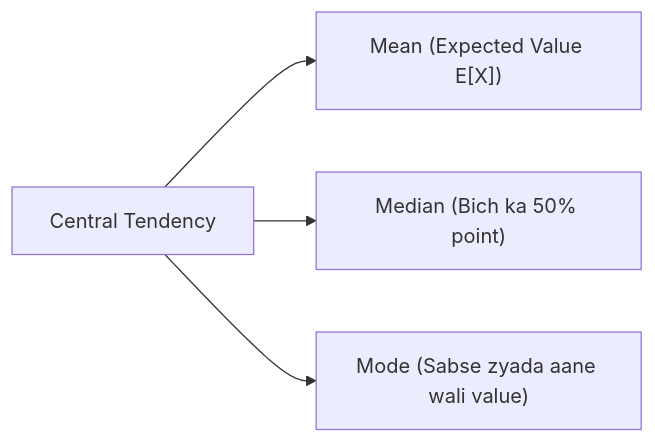
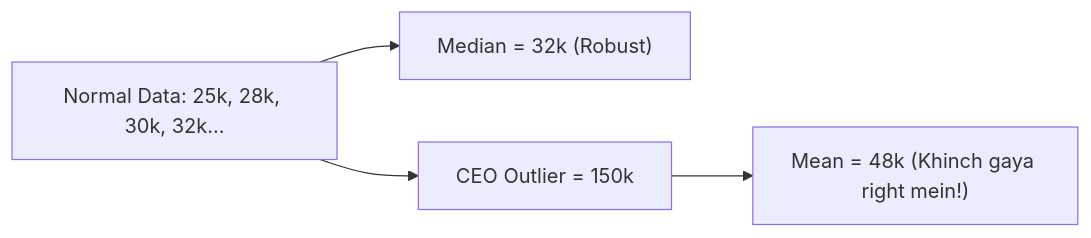
Before and after one commit to S1h2i3v4a/AI_ML: the diagram in lecture_20/Notes_20.15/README_HINGLISH.md, drawn with Mermaid. The commit also changed other lines of this file and 203 other files, not shown here.

Commit message:
docs(lectures 19-21): align notes with video lectures, add blackboard diagrams, clean structured functions, and compile vector PDFs

````diff
--- a/lecture_20/Notes_20.15/README_HINGLISH.md
+++ b/lecture_20/Notes_20.15/README_HINGLISH.md
@@ -14,6 +42,6 @@
 ```mermaid
 flowchart LR
-    A["Central Tendency"] --> B["Mean (Expected Value E[X])"]
-    A --> C["Median (Bich ka 50% point)"]
-    A --> D["Mode (Sabse zyada aane wali value)"]
+    A["Normal Data: 25k, 28k, 30k, 32k..."] --> B["Median = 32k (Robust)"]
+    A --> C["CEO Outlier = 150k"]
+    C --> D["Mean = 48k (Khinch gaya right mein!)"]
 ```
````
